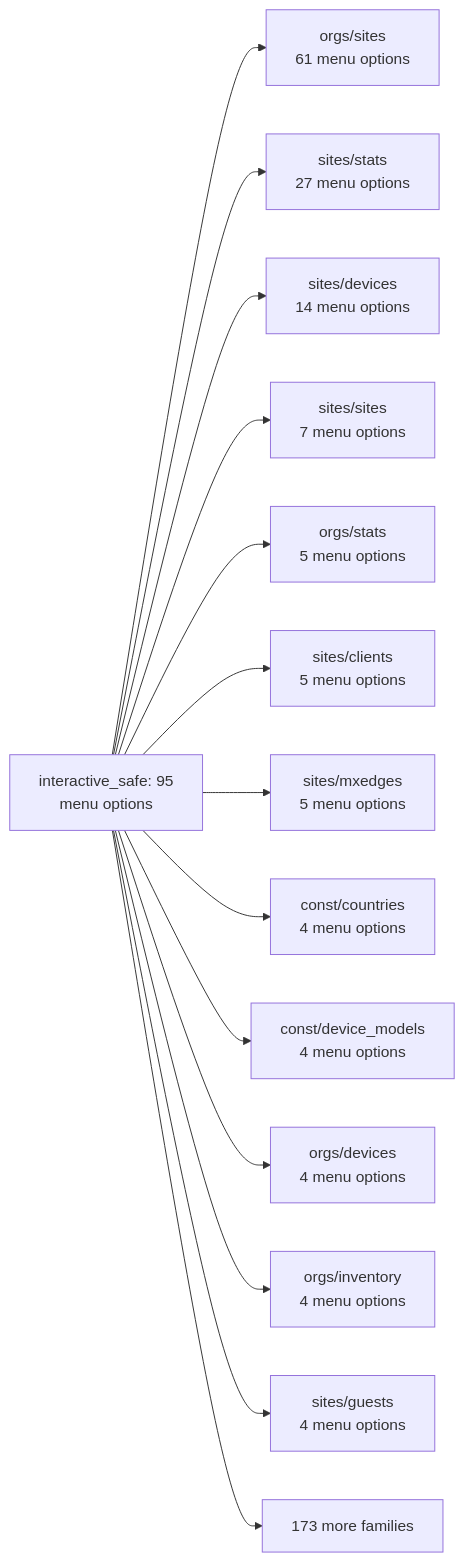
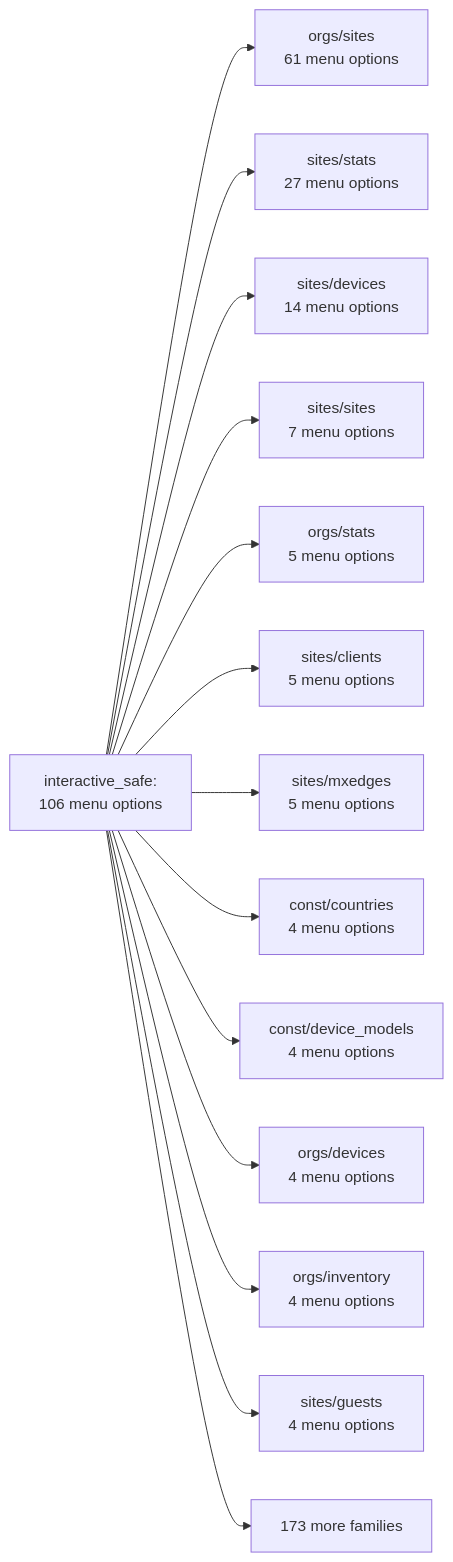
Before and after one commit to jmorrison-juniper/MistHelper: the first of 26 diagrams in documentation/menu-api/interactive-safe.md, drawn with Mermaid. The commit also changed other lines of this file and 92 other files, not shown here.

````diff
--- a/documentation/menu-api/interactive-safe.md
+++ b/documentation/menu-api/interactive-safe.md
@@ -17,17 +17,17 @@
 ```mermaid
 flowchart LR
-    root["interactive_safe: 95<br/>menu options"]
+    root["interactive_safe:<br/>106 menu options"]
     root --> f_orgs_sites["orgs/sites<br/>61 menu options"]
     root --> f_sites_stats["sites/stats<br/>27 menu options"]
     root --> f_sites_devices["sites/devices<br/>14 menu options"]
     root --> f_sites_sites["sites/sites<br/>7 menu options"]
     root --> f_orgs_stats["orgs/stats<br/>5 menu options"]
     root --> f_sites_clients["sites/clients<br/>5 menu options"]
     root --> f_sites_mxedges["sites/mxedges<br/>5 menu options"]
     root --> f_const_countries["const/countries<br/>4 menu options"]
     root --> f_const_device_models["const/device_models<br/>4 menu options"]
     root --> f_orgs_devices["orgs/devices<br/>4 menu options"]
     root --> f_orgs_inventory["orgs/inventory<br/>4 menu options"]
     root --> f_sites_guests["sites/guests<br/>4 menu options"]
     root --> more["173 more families"]
 ```
````
